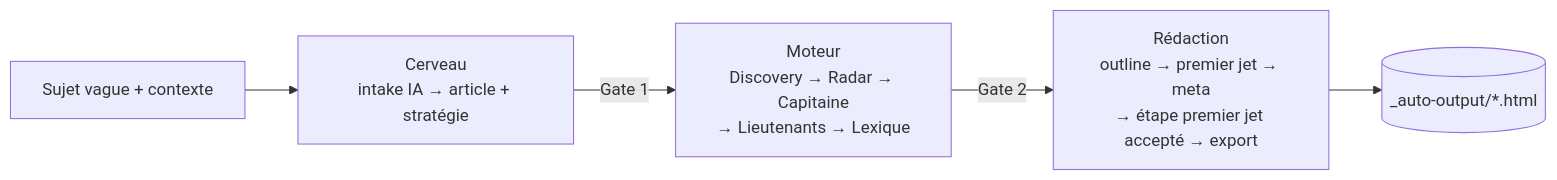
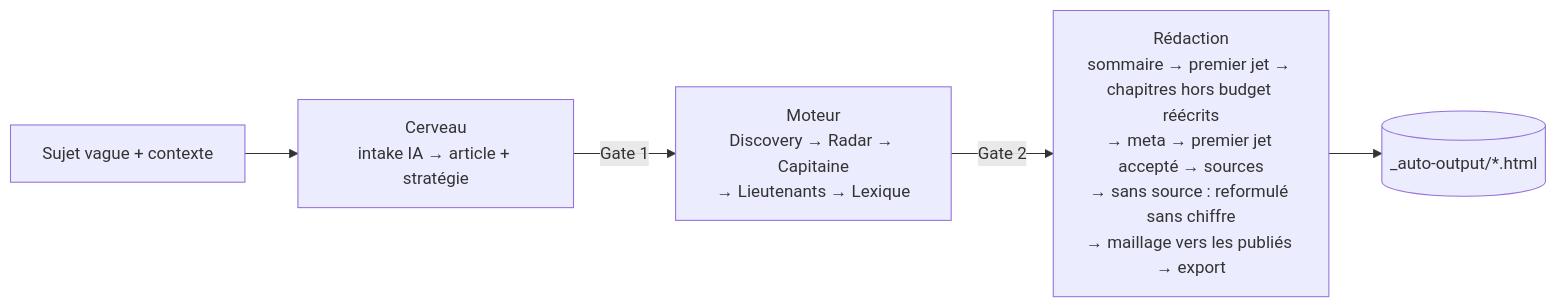
The diagram in docs/auto-article-cli.md (annubis-knight/Blog_Redactor_SEO), drawn with Mermaid before and after one commit. The commit also changed other lines of this file and 7 other files, not shown here.

````diff
--- a/docs/auto-article-cli.md
+++ b/docs/auto-article-cli.md
@@ -62,7 +63,7 @@
 ```mermaid
 flowchart LR
   I[Sujet vague + contexte] --> C[Cerveau<br/>intake IA → article + stratégie]
   C -->|Gate 1| M[Moteur<br/>Discovery → Radar → Capitaine<br/>→ Lieutenants → Lexique]
-  M -->|Gate 2| R[Rédaction<br/>outline → premier jet → meta<br/>→ étape premier jet accepté → export]
+  M -->|Gate 2| R[Rédaction<br/>sommaire → premier jet → chapitres hors budget réécrits<br/>→ meta → premier jet accepté → sources<br/>→ sans source : reformulé sans chiffre<br/>→ maillage vers les publiés → export]
   R --> O[(_auto-output/*.html)]
 ```
````
